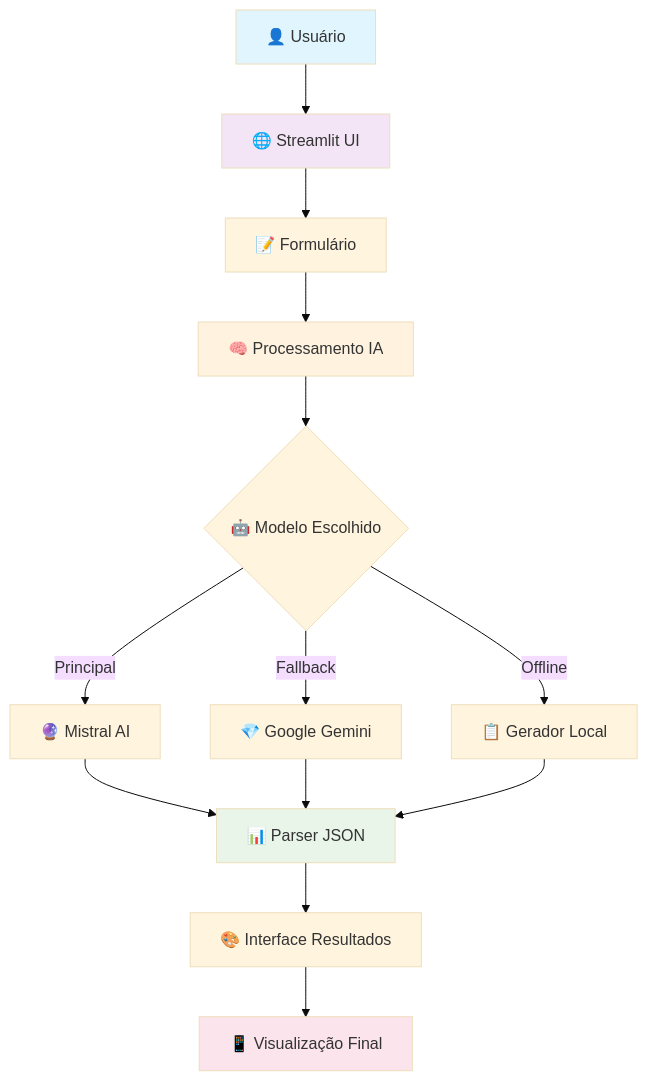
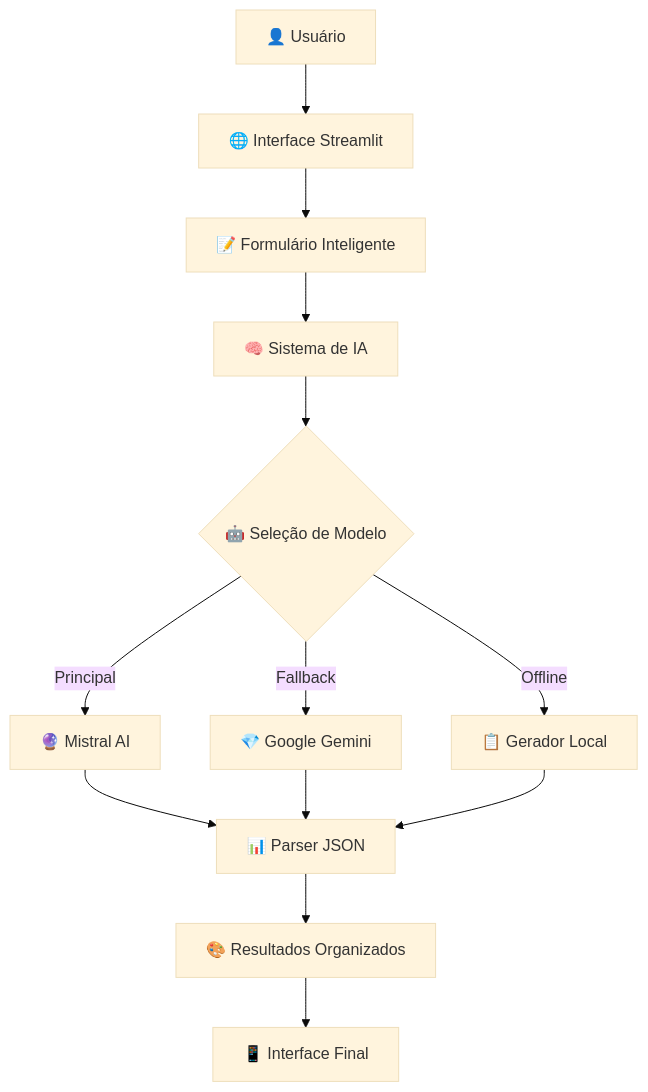
One commit to TassioSales/MeuPortfolio changed the diagram in gerador_roteiros/README.md. Above: the diagram before and after it, drawn with Mermaid (base theme). The commit also changed other lines of this file, not shown here.

````diff
--- a/gerador_roteiros/README.md
+++ b/gerador_roteiros/README.md
@@ -143,24 +151,18 @@
 ```mermaid
 graph TB
-    A[👤 Usuário] --> B[🌐 Streamlit UI]
-    B --> C[📝 Formulário]
-    C --> D[🧠 Processamento IA]
+    A[👤 Usuário] --> B[🌐 Interface Streamlit]
+    B --> C[📝 Formulário Inteligente]
+    C --> D[🧠 Sistema de IA]
     
-    D --> E{🤖 Modelo Escolhido}
+    D --> E{🤖 Seleção de Modelo}
     E -->|Principal| F[🔮 Mistral AI]
     E -->|Fallback| G[💎 Google Gemini]
     E -->|Offline| H[📋 Gerador Local]
     
     F --> I[📊 Parser JSON]
     G --> I
     H --> I
     
-    I --> J[🎨 Interface Resultados]
-    J --> K[📱 Visualização Final]
-    
-    style A fill:#e1f5fe
-    style B fill:#f3e5f5
-    style D fill:#fff3e0
-    style I fill:#e8f5e8
-    style K fill:#fce4ec
+    I --> J[🎨 Resultados Organizados]
+    J --> K[📱 Interface Final]
 ```
````
